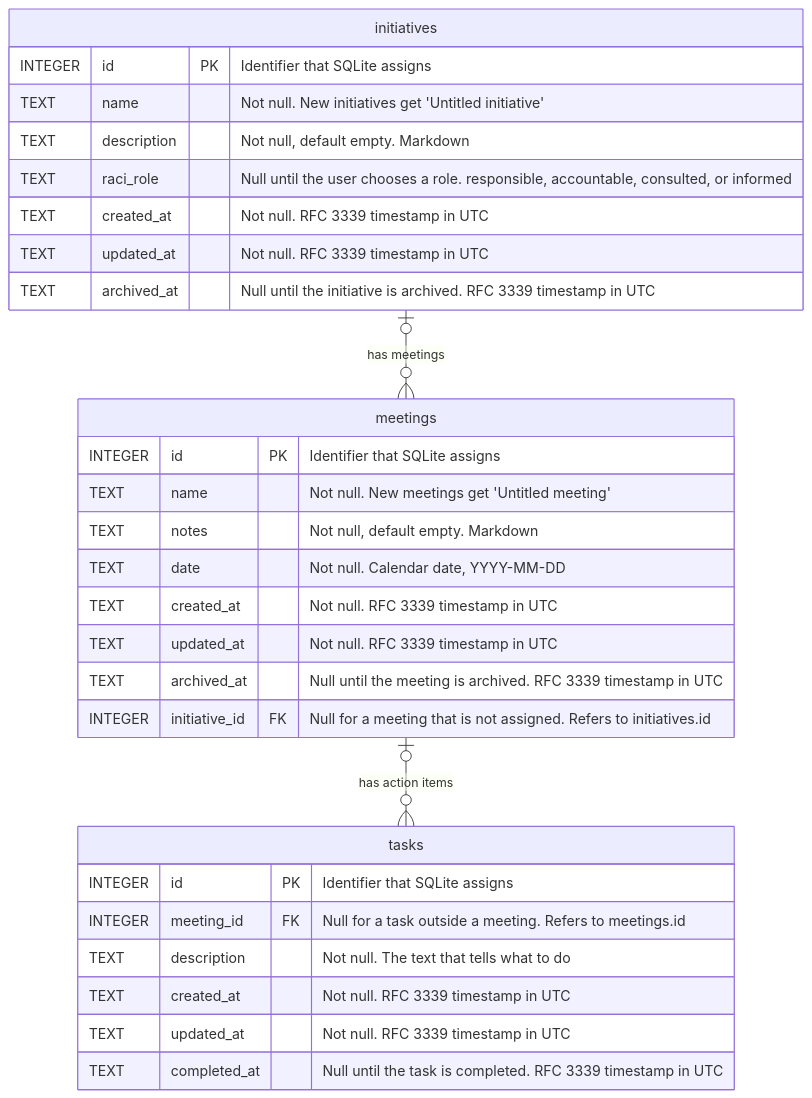
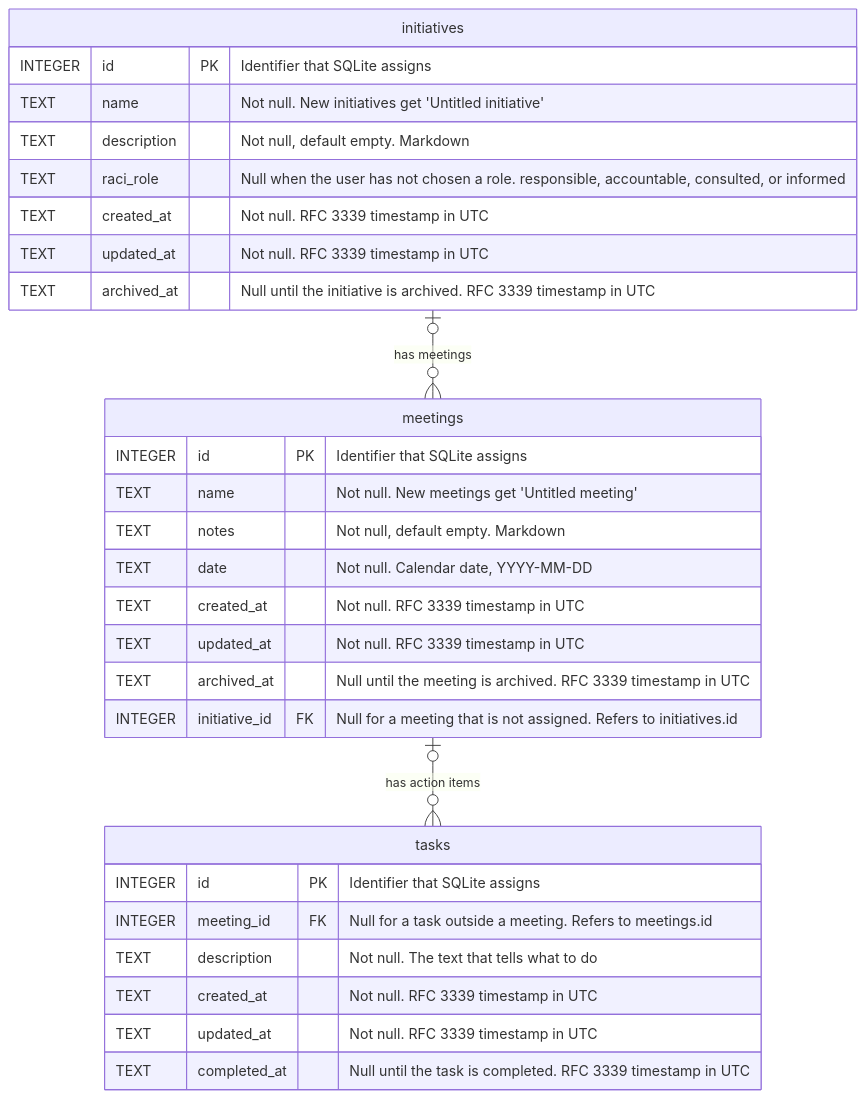
The diagram in docs/data-model.md (marclove/gps), drawn with Mermaid before and after one commit. The commit also changed other lines of this file and 8 other files, not shown here.

````diff
--- a/docs/data-model.md
+++ b/docs/data-model.md
@@ -5,32 +5,32 @@
 ```mermaid
 erDiagram
     meetings {
         INTEGER id PK "Identifier that SQLite assigns"
         TEXT name "Not null. New meetings get 'Untitled meeting'"
         TEXT notes "Not null, default empty. Markdown"
         TEXT date "Not null. Calendar date, YYYY-MM-DD"
         TEXT created_at "Not null. RFC 3339 timestamp in UTC"
         TEXT updated_at "Not null. RFC 3339 timestamp in UTC"
         TEXT archived_at "Null until the meeting is archived. RFC 3339 timestamp in UTC"
         INTEGER initiative_id FK "Null for a meeting that is not assigned. Refers to initiatives.id"
     }
     tasks {
         INTEGER id PK "Identifier that SQLite assigns"
         INTEGER meeting_id FK "Null for a task outside a meeting. Refers to meetings.id"
         TEXT description "Not null. The text that tells what to do"
         TEXT created_at "Not null. RFC 3339 timestamp in UTC"
         TEXT updated_at "Not null. RFC 3339 timestamp in UTC"
         TEXT completed_at "Null until the task is completed. RFC 3339 timestamp in UTC"
     }
     initiatives {
         INTEGER id PK "Identifier that SQLite assigns"
         TEXT name "Not null. New initiatives get 'Untitled initiative'"
         TEXT description "Not null, default empty. Markdown"
-        TEXT raci_role "Null until the user chooses a role. responsible, accountable, consulted, or informed"
+        TEXT raci_role "Null when the user has not chosen a role. responsible, accountable, consulted, or informed"
         TEXT created_at "Not null. RFC 3339 timestamp in UTC"
         TEXT updated_at "Not null. RFC 3339 timestamp in UTC"
         TEXT archived_at "Null until the initiative is archived. RFC 3339 timestamp in UTC"
     }
     meetings |o--o{ tasks : "has action items"
     initiatives |o--o{ meetings : "has meetings"
 ```
````
